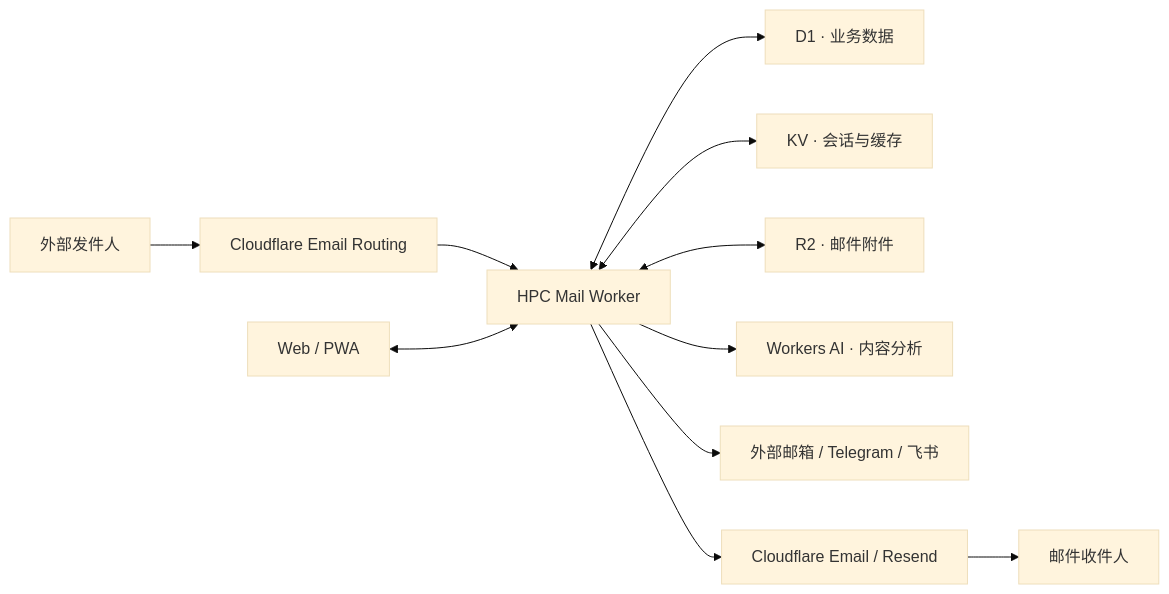
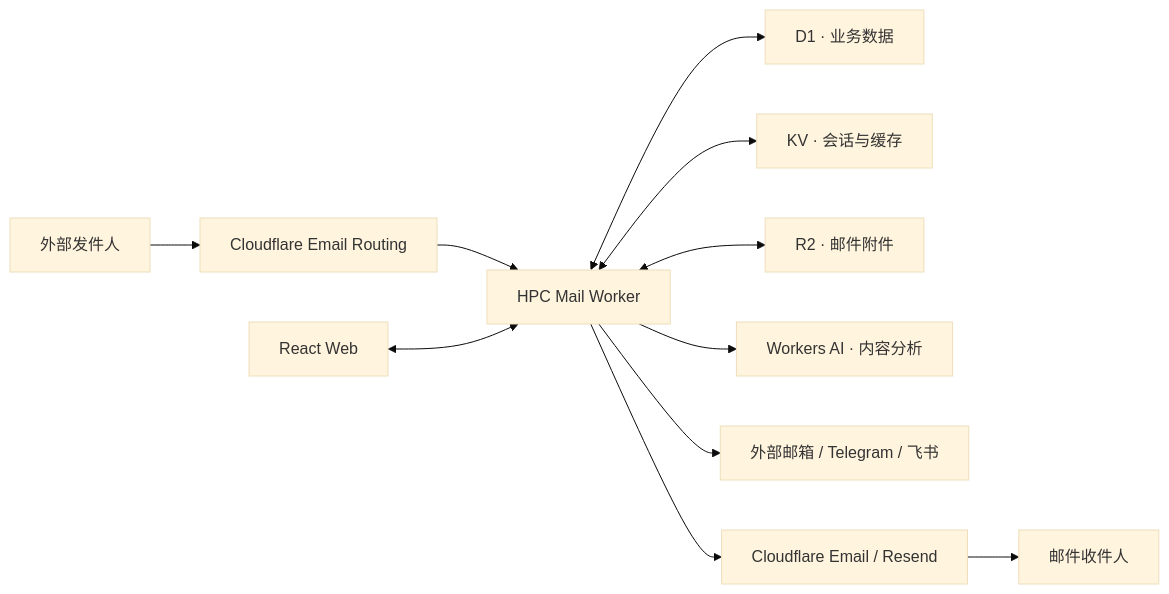
One commit to a37836323/hpc-mail changed the diagram in README.md. Above: the diagram before and after it, drawn with Mermaid (base theme). The commit also changed other lines of this file and 351 other files, not shown here.

````diff
--- a/README.md
+++ b/README.md
@@ -36,13 +36,13 @@
 ```mermaid
 flowchart LR
     Sender["外部发件人"] --> Routing["Cloudflare Email Routing"]
     Routing --> Worker["HPC Mail Worker"]
-    Browser["Web / PWA"] <--> Worker
+    Browser["React Web"] <--> Worker
     Worker <--> D1["D1 · 业务数据"]
     Worker <--> KV["KV · 会话与缓存"]
     Worker <--> R2["R2 · 邮件附件"]
     Worker --> AI["Workers AI · 内容分析"]
     Worker --> Forward["外部邮箱 / Telegram / 飞书"]
     Worker --> Provider["Cloudflare Email / Resend"]
     Provider --> Recipient["邮件收件人"]
 ```
````
